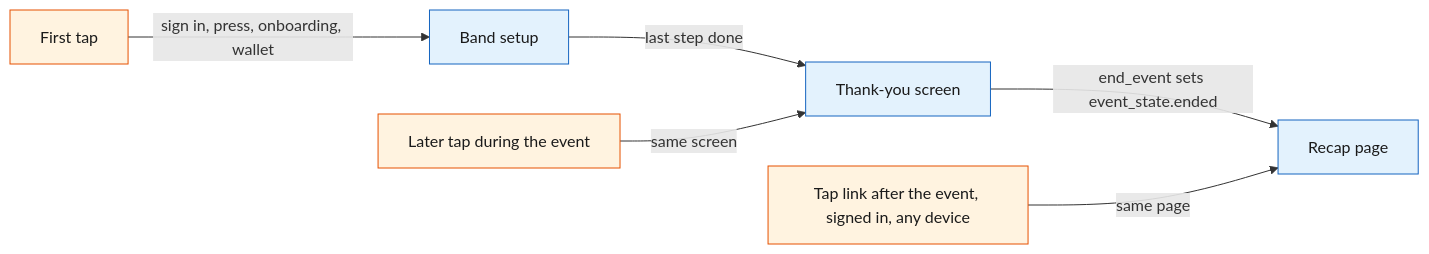
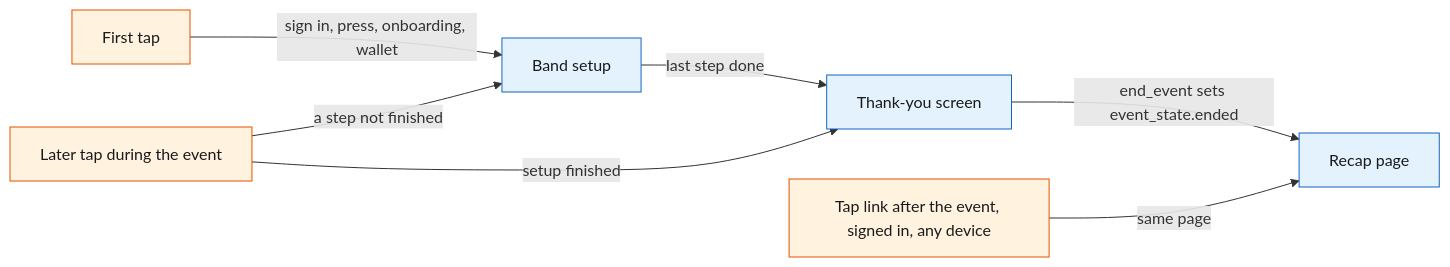
Before and after one commit to viktorinkov/cal-hacks-13: the third of 4 diagrams in System Design/5-apps/Attendee-App.md, drawn with Mermaid. The commit also changed other lines of this file and 20 other files, not shown here.

````diff
--- a/System Design/5-apps/Attendee-App.md
+++ b/System Design/5-apps/Attendee-App.md
@@ -173,12 +176,13 @@
 ```mermaid
 flowchart LR
     First["First tap"] -->|"sign in, press, onboarding, wallet"| Setup["Band setup"]
     Setup -->|"last step done"| Thanks["Thank-you screen"]
-    Later["Later tap during the event"] -->|"same screen"| Thanks
+    Later["Later tap during the event"] -->|"setup finished"| Thanks
+    Later -->|"a step not finished"| Setup
     Thanks -->|"end_event sets event_state.ended"| Recap["Recap page"]
     After["Tap link after the event, signed in, any device"] -->|"same page"| Recap
     classDef web fill:#E3F2FD,stroke:#1565C0,color:#1A1A1A
     classDef device fill:#FFF3E0,stroke:#E65100,color:#1A1A1A
     class Setup,Thanks,Recap web
     class First,Later,After device
 ```
````
